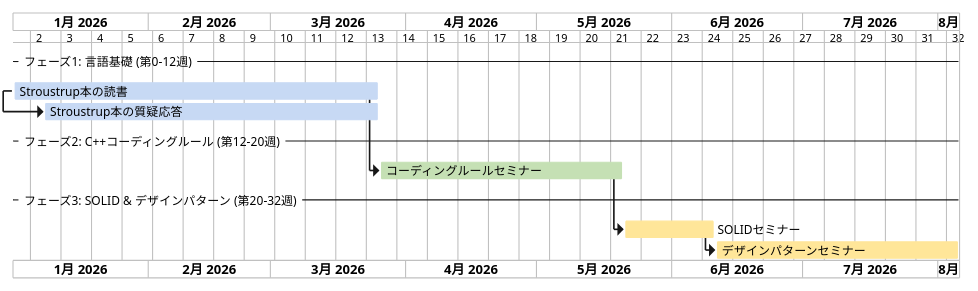
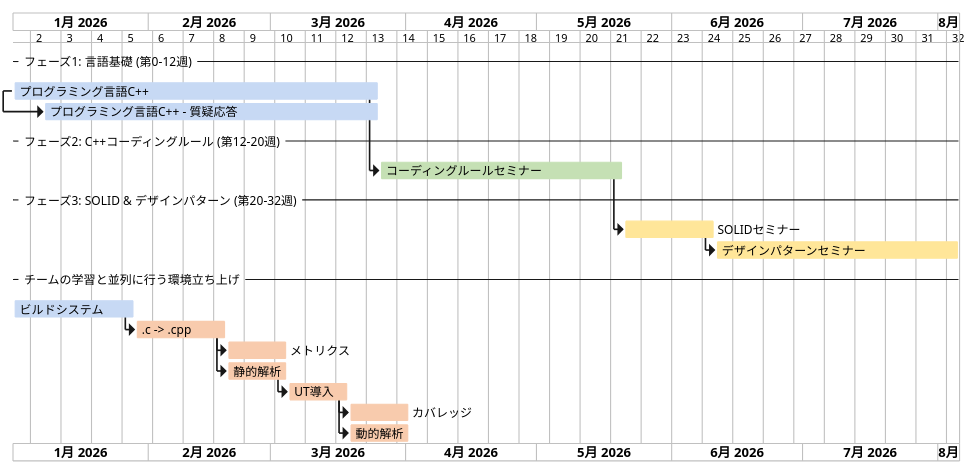
One commit to ichiroprogrammer/from_c_to_cpp changed the diagram in plant_uml/cpp_learning_gantt_para.pu. Above: the diagram before and after it, drawn with PlantUML. The commit also changed 11 other files, not shown here.

```diff
--- a/plant_uml/cpp_learning_gantt_para.pu
+++ b/plant_uml/cpp_learning_gantt_para.pu
@@ -1,23 +1,31 @@
 @startgantt
 
 scale max 750 width
 
 printscale weekly
 Project starts the 2026-1-1
 language ja
 
 ' ==== Phase 1 ====
 -- フェーズ1: 言語基礎 (第0-12週) --
-[Stroustrup本の読書] lasts 12 weeks and is colored in #C7D9F4
-[Stroustrup本の質疑応答] starts 1 weeks after [Stroustrup本の読書]'s start and lasts 11 weeks and is colored in #C7D9F4
+[プログラミング言語C++] lasts 12 weeks and is colored in #C7D9F4
+[プログラミング言語C++ - 質疑応答] starts 1 weeks after [プログラミング言語C++]'s start and lasts 11 weeks and is colored in #C7D9F4
 
 ' ==== Phase 2 ====
 -- フェーズ2: C++コーディングルール (第12-20週) --
-[コーディングルールセミナー] starts after [Stroustrup本の読書]'s end and lasts 8 weeks and is colored in #C5E0B4
+[コーディングルールセミナー] starts after [プログラミング言語C++]'s end and lasts 8 weeks and is colored in #C5E0B4
 
 ' ==== Phase 3 ====
 -- フェーズ3: SOLID & デザインパターン (第20-32週) --
 [SOLIDセミナー] starts after [コーディングルールセミナー]'s end and lasts 3 weeks and is colored in #FFE699
 [デザインパターンセミナー] starts after [SOLIDセミナー]'s end and lasts 8 weeks and is colored in #FFE699
 
+-- チームの学習と並列に行う環境立ち上げ --
+[ビルドシステム] lasts 4 weeks and is colored in #C7D9F4
+[.c -> .cpp] starts after [ビルドシステム]'s end and lasts 3 weeks and is colored in #F8CBAD
+[メトリクス] starts after [.c -> .cpp]'s end and lasts 2 weeks and is colored in #F8CBAD
+[静的解析] starts after [.c -> .cpp]'s end and lasts 2 weeks and is colored in #F8CBAD
+[UT導入] starts after [静的解析]'s end and lasts 2 weeks and is colored in #F8CBAD
+[カバレッジ] starts after [UT導入]'s end and lasts 2 weeks and is colored in #F8CBAD
+[動的解析] starts after [UT導入]'s end and lasts 2 weeks and is colored in #F8CBAD
 @endgantt
```
